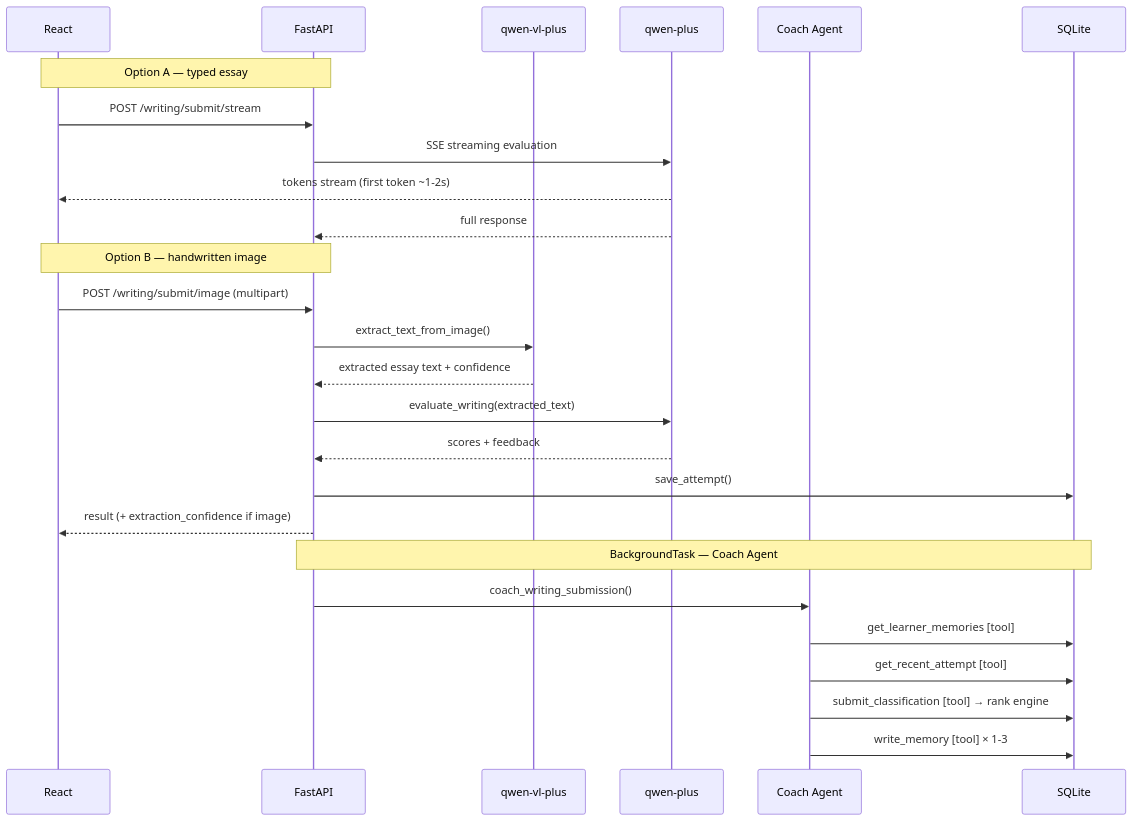
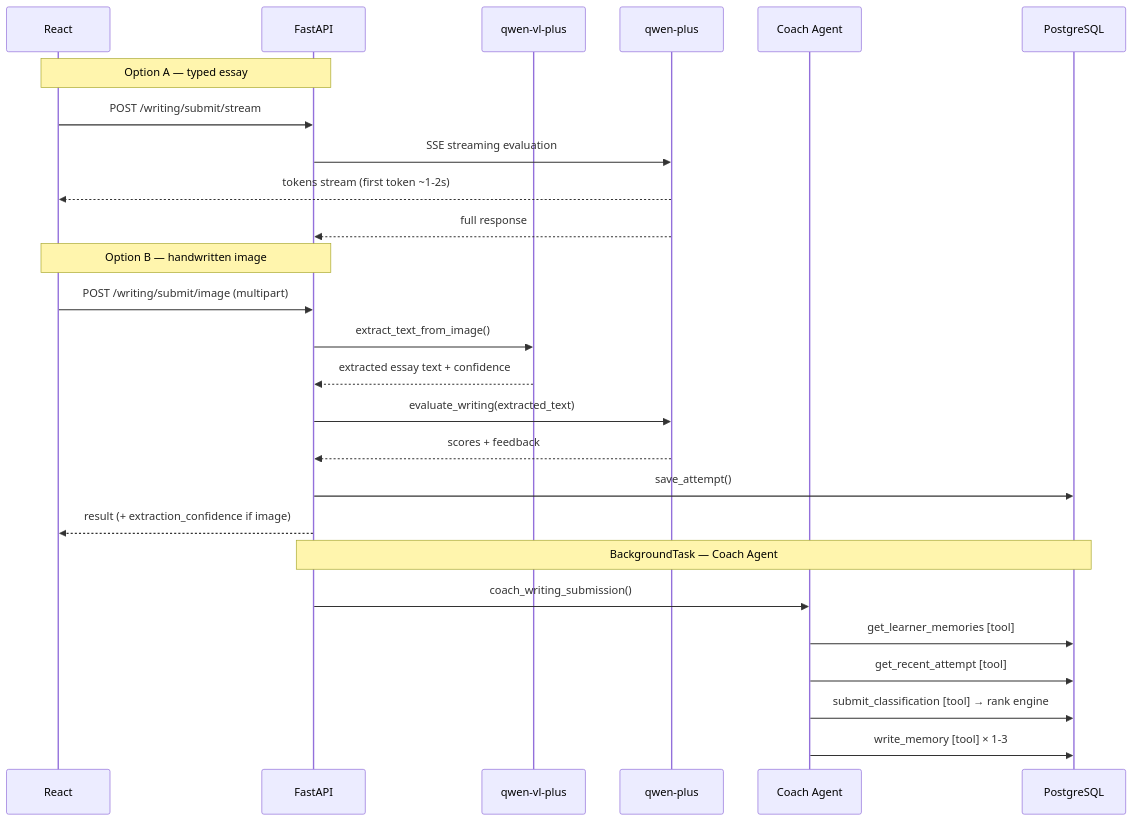
Before and after one commit to DareAdekunle/IELTS-memoryCoach: the sixth of 12 diagrams in ARCHITECTURE.md, drawn with Mermaid. The commit also changed other lines of this file and 60 other files, not shown here.

First line of the commit message:
feat: Qonda IELTS — pedagogy layer, PostgreSQL, semantic embeddings, study scheduler, Google Calendar, Telegram bot, MCP improvements

````diff
--- a/ARCHITECTURE.md
+++ b/ARCHITECTURE.md
@@ -127,32 +207,32 @@
 ```mermaid
 sequenceDiagram
     participant R as React
     participant F as FastAPI
     participant VL as qwen-vl-plus
     participant Q1 as qwen-plus
     participant CA as Coach Agent
-    participant DB as SQLite
+    participant DB as PostgreSQL
 
     Note over R,F: Option A — typed essay
     R->>F: POST /writing/submit/stream
     F->>Q1: SSE streaming evaluation
     Q1-->>R: tokens stream (first token ~1-2s)
     Q1-->>F: full response
 
     Note over R,F: Option B — handwritten image
     R->>F: POST /writing/submit/image (multipart)
     F->>VL: extract_text_from_image()
     VL-->>F: extracted essay text + confidence
     F->>Q1: evaluate_writing(extracted_text)
     Q1-->>F: scores + feedback
 
     F->>DB: save_attempt()
     F-->>R: result (+ extraction_confidence if image)
 
     Note over F,DB: BackgroundTask — Coach Agent
     F->>CA: coach_writing_submission()
     CA->>DB: get_learner_memories [tool]
     CA->>DB: get_recent_attempt [tool]
     CA->>DB: submit_classification [tool] → rank engine
     CA->>DB: write_memory [tool] × 1-3
 ```
````
